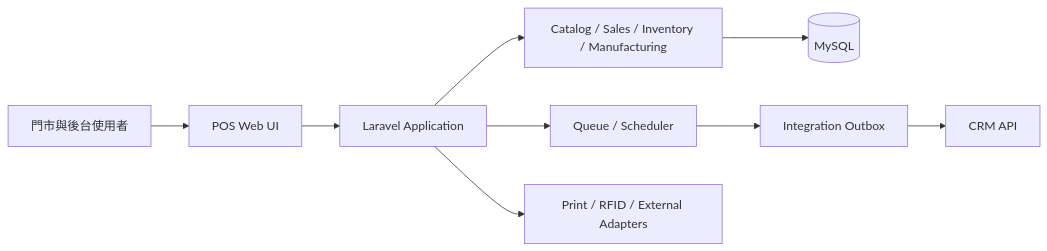
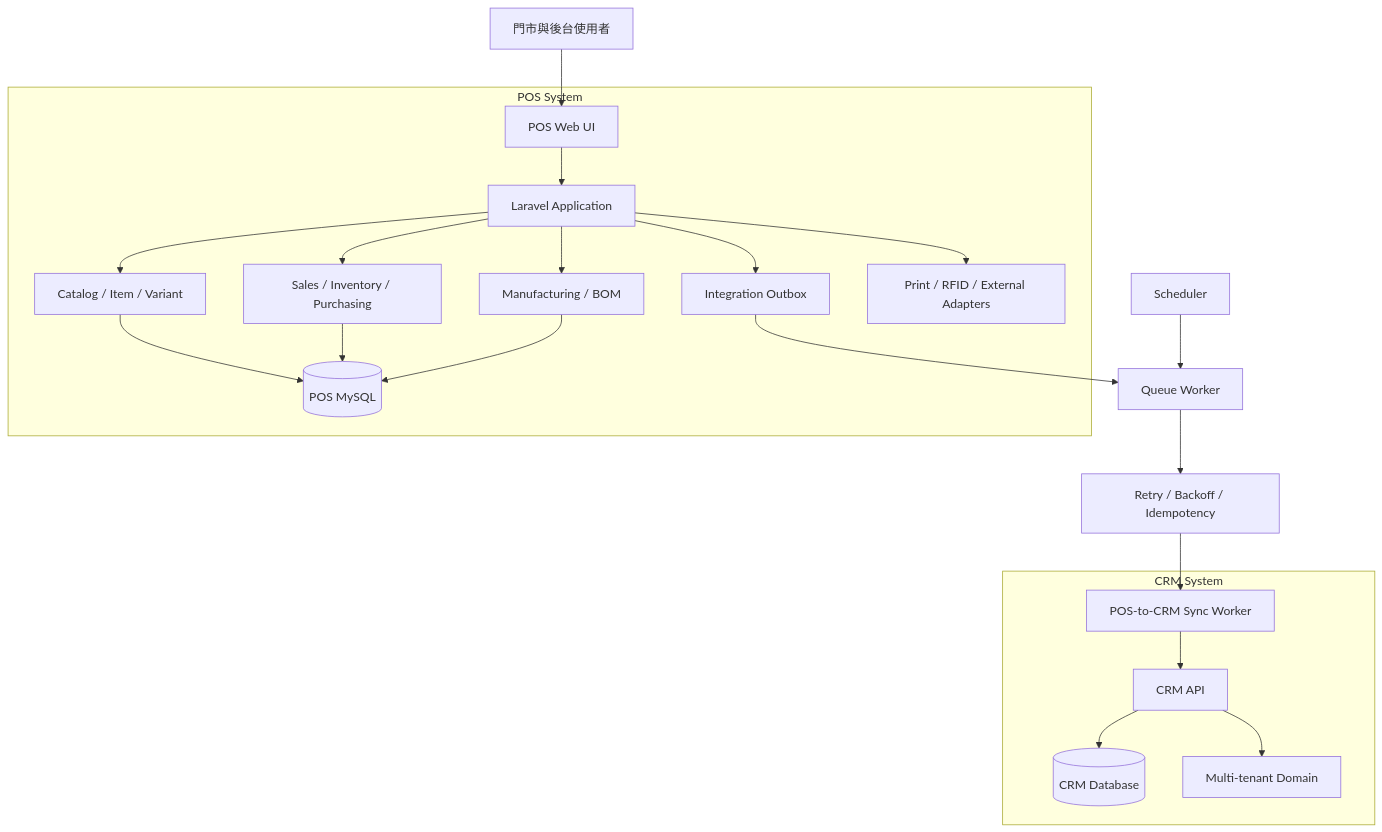
One commit to yoAkyoku/professional-projects changed the diagram in projects/pos-erp-crm/diagrams/system-architecture.mmd. Above: the diagram before and after it, drawn with Mermaid. The commit also changed 27 other files, not shown here.

```diff
--- a/projects/pos-erp-crm/diagrams/system-architecture.mmd
+++ b/projects/pos-erp-crm/diagrams/system-architecture.mmd
@@ -1,9 +1,26 @@
-flowchart LR
+flowchart TB
     user[門市與後台使用者] --> ui[POS Web UI]
-    ui --> app[Laravel Application]
-    app --> domain[Catalog / Sales / Inventory / Manufacturing]
-    domain --> db[(MySQL)]
-    app --> jobs[Queue / Scheduler]
-    jobs --> outbox[Integration Outbox]
-    outbox --> crm[CRM API]
-    app --> adapters[Print / RFID / External Adapters]
+
+    subgraph pos[POS System]
+        ui --> app[Laravel Application]
+        app --> catalog[Catalog / Item / Variant]
+        app --> operations[Sales / Inventory / Purchasing]
+        app --> manufacturing[Manufacturing / BOM]
+        catalog --> db[(POS MySQL)]
+        operations --> db
+        manufacturing --> db
+        app --> outbox[Integration Outbox]
+        app --> adapters[Print / RFID / External Adapters]
+    end
+
+    outbox --> queue[Queue Worker]
+    queue --> retry[Retry / Backoff / Idempotency]
+    retry --> sync[POS-to-CRM Sync Worker]
+
+    subgraph crm[CRM System]
+        sync --> crmApi[CRM API]
+        crmApi --> crmDb[(CRM Database)]
+        crmApi --> tenant[Multi-tenant Domain]
+    end
+
+    scheduler[Scheduler] --> queue
```
